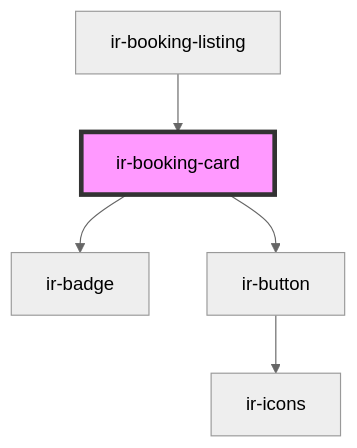
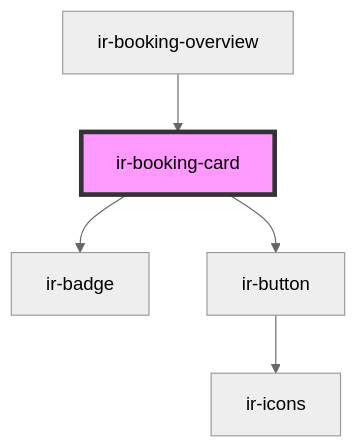
The diagram in src/components/ir-booking-engine/ir-booking-listing/ir-booking-card/readme.md (RonyRizk/ir-be), drawn with Mermaid (neutral theme) before and after one commit. The commit also changed other lines of this file and 89 other files, not shown here.

````diff
--- a/src/components/ir-booking-engine/ir-booking-listing/ir-booking-card/readme.md
+++ b/src/components/ir-booking-engine/ir-booking-listing/ir-booking-card/readme.md
@@ -27,8 +34,8 @@
 ```mermaid
 graph TD;
   ir-booking-card --> ir-badge
   ir-booking-card --> ir-button
   ir-button --> ir-icons
-  ir-booking-listing --> ir-booking-card
+  ir-booking-overview --> ir-booking-card
   style ir-booking-card fill:#f9f,stroke:#333,stroke-width:4px
 ```
````
